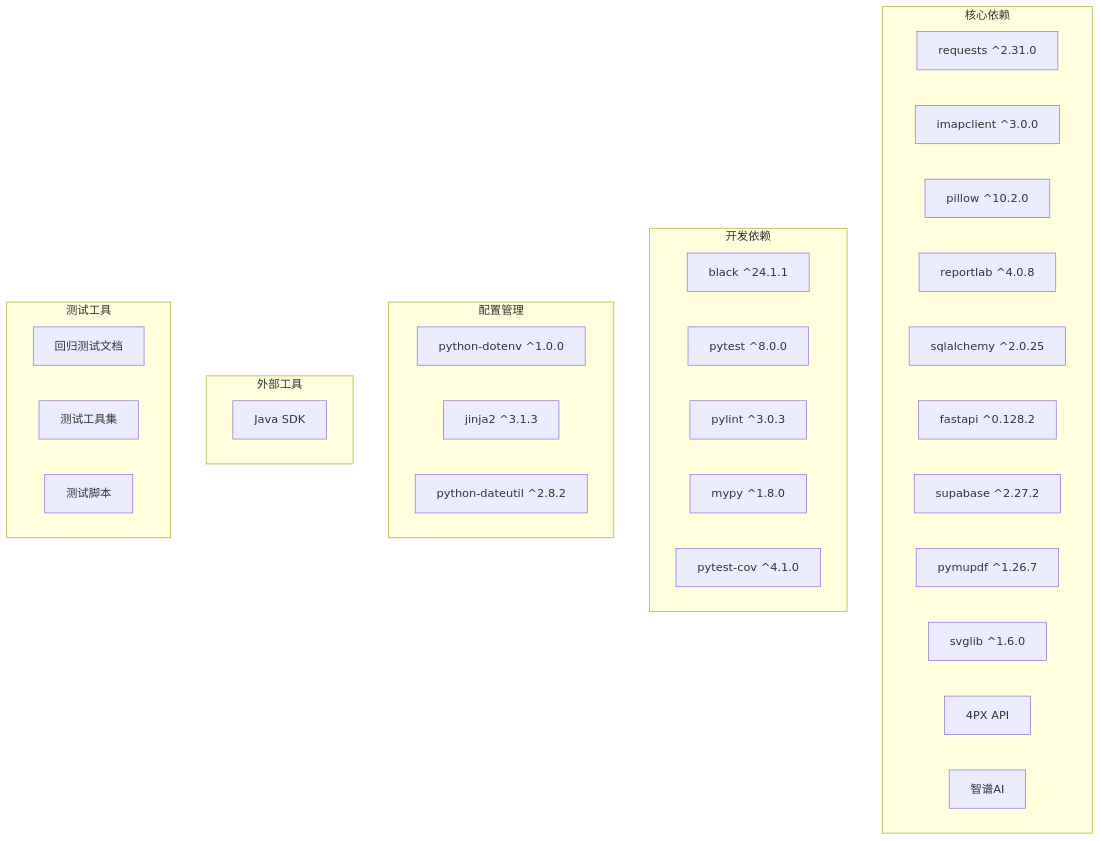
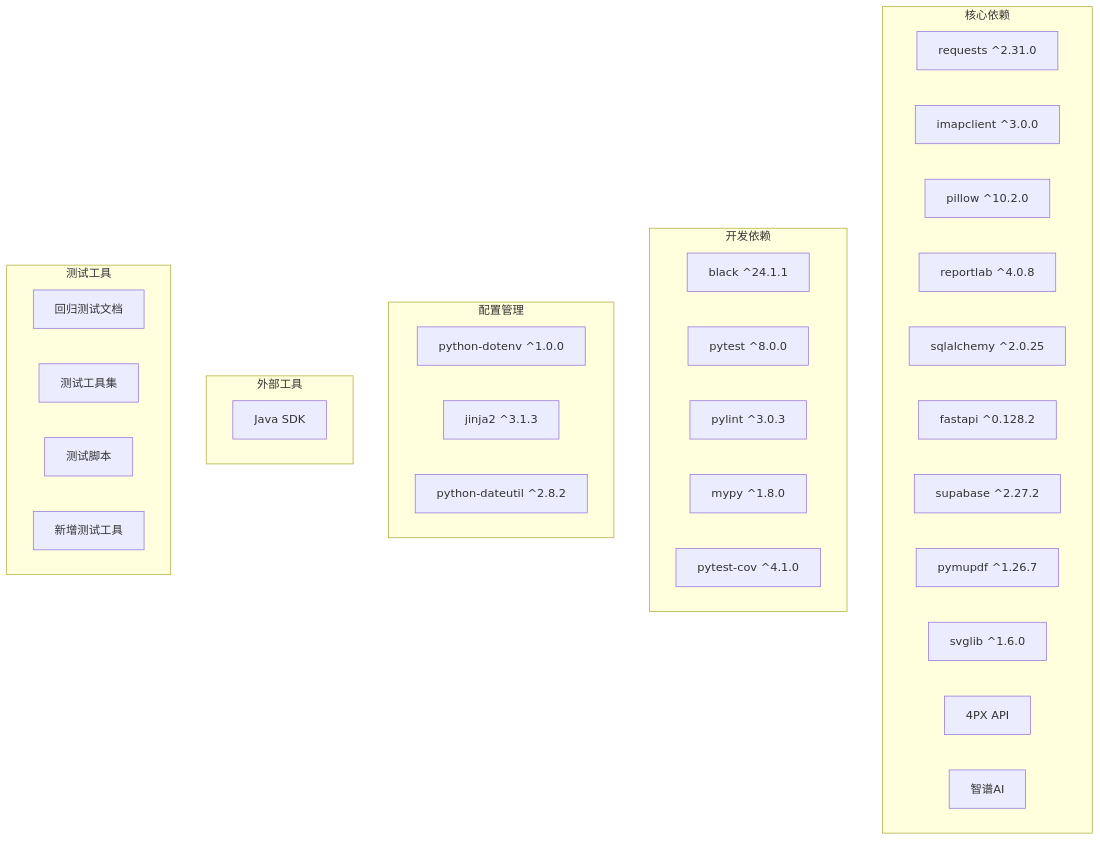
Diagram 38 of 38 in .qoder/repowiki/zh/content/开发指南/测试与开发工具/测试与开发工具.md (SY6621/POD-Order-Management), drawn with Mermaid before and after one commit. The commit also changed other lines of this file and 30 other files, not shown here.

````diff
--- a/.qoder/repowiki/zh/content/开发指南/测试与开发工具/测试与开发工具.md
+++ b/.qoder/repowiki/zh/content/开发指南/测试与开发工具/测试与开发工具.md
@@ -1308,36 +1622,37 @@
 ```mermaid
 graph TB
 subgraph "核心依赖"
 Requests[requests ^2.31.0]
 IMAPClient[imapclient ^3.0.0]
 Pillow[pillow ^10.2.0]
 ReportLab[reportlab ^4.0.8]
 SQLAlchemy[sqlalchemy ^2.0.25]
 FastAPI[fastapi ^0.128.2]
 Supabase[supabase ^2.27.2]
 PyMuPDF[pymupdf ^1.26.7]
 SVGlib[svglib ^1.6.0]
 4PXAPI[4PX API]
 ZhipuAI[智谱AI]
 end
 subgraph "开发依赖"
 Black[black ^24.1.1]
 PyTest[pytest ^8.0.0]
 Pylint[pylint ^3.0.3]
 MyPy[mypy ^1.8.0]
 PyTestCov[pytest-cov ^4.1.0]
 end
 subgraph "配置管理"
 DotEnv[python-dotenv ^1.0.0]
 Jinja2[jinja2 ^3.1.3]
 DateUtil[python-dateutil ^2.8.2]
 end
 subgraph "外部工具"
 JavaSDK[Java SDK]
 end
 subgraph "测试工具"
 RegressionTest[回归测试文档]
 TestTools[测试工具集]
 TestScripts[测试脚本]
+NewTestTools[新增测试工具]
 end
 ```
````
